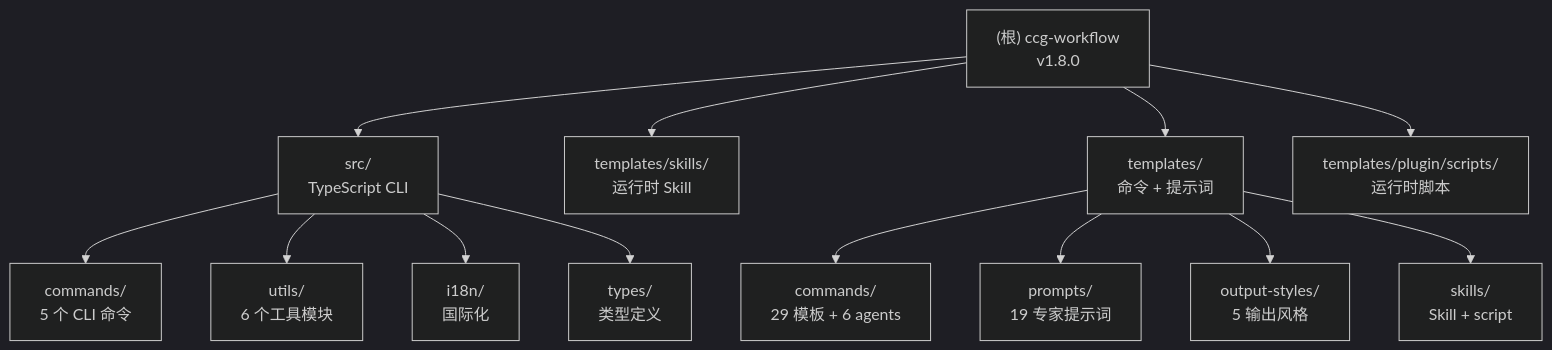
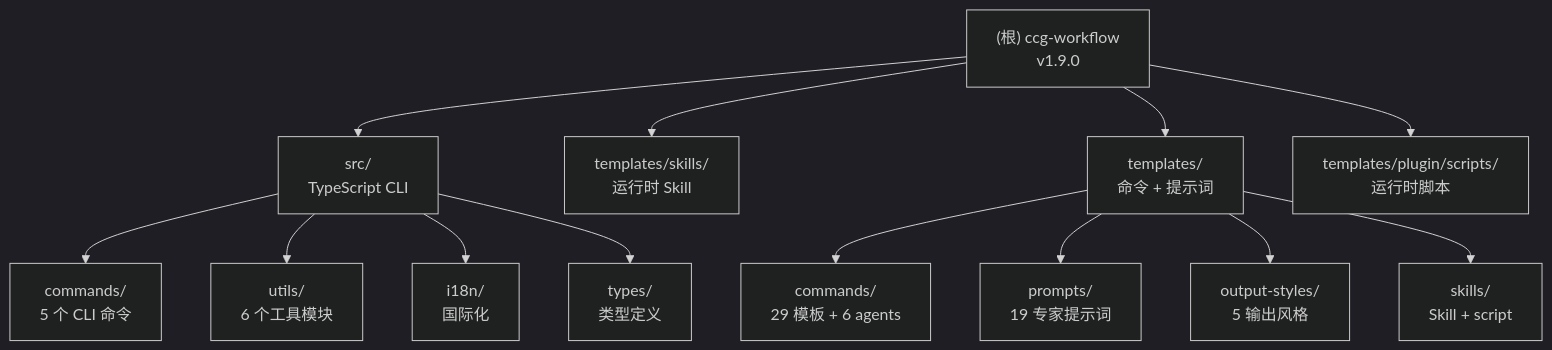
One commit to 13210541230/ccg-workflow changed the second of 2 diagrams in CLAUDE.md. Above: the diagram before and after it, drawn with Mermaid (dark theme). The commit also changed other lines of this file and 33 other files, not shown here.

````diff
--- a/CLAUDE.md
+++ b/CLAUDE.md
@@ -178,20 +185,20 @@
 ```mermaid
 graph TD
-    A["(根) ccg-workflow<br/>v1.8.0"] --> B["src/<br/>TypeScript CLI"]
+    A["(根) ccg-workflow<br/>v1.9.0"] --> B["src/<br/>TypeScript CLI"]
     A --> C["templates/skills/<br/>运行时 Skill"]
     A --> D["templates/<br/>命令 + 提示词"]
     A --> E["templates/plugin/scripts/<br/>运行时脚本"]
 
     B --> B1["commands/<br/>5 个 CLI 命令"]
     B --> B2["utils/<br/>6 个工具模块"]
     B --> B3["i18n/<br/>国际化"]
     B --> B4["types/<br/>类型定义"]
 
     D --> D1["commands/<br/>29 模板 + 6 agents"]
     D --> D2["prompts/<br/>19 专家提示词"]
     D --> D3["output-styles/<br/>5 输出风格"]
     D --> D4["skills/<br/>Skill + script"]
 
     click B "./src/CLAUDE.md" "查看 CLI 模块文档"
     click D "./templates/CLAUDE.md" "查看 templates 模块文档"
 ```
````
